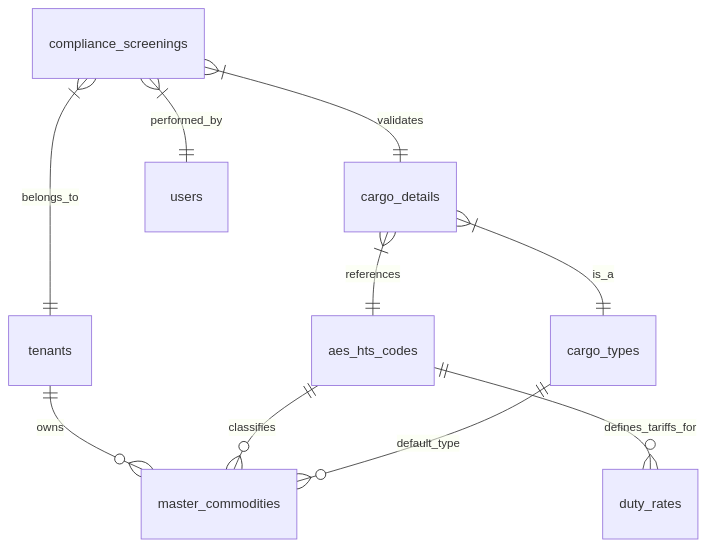
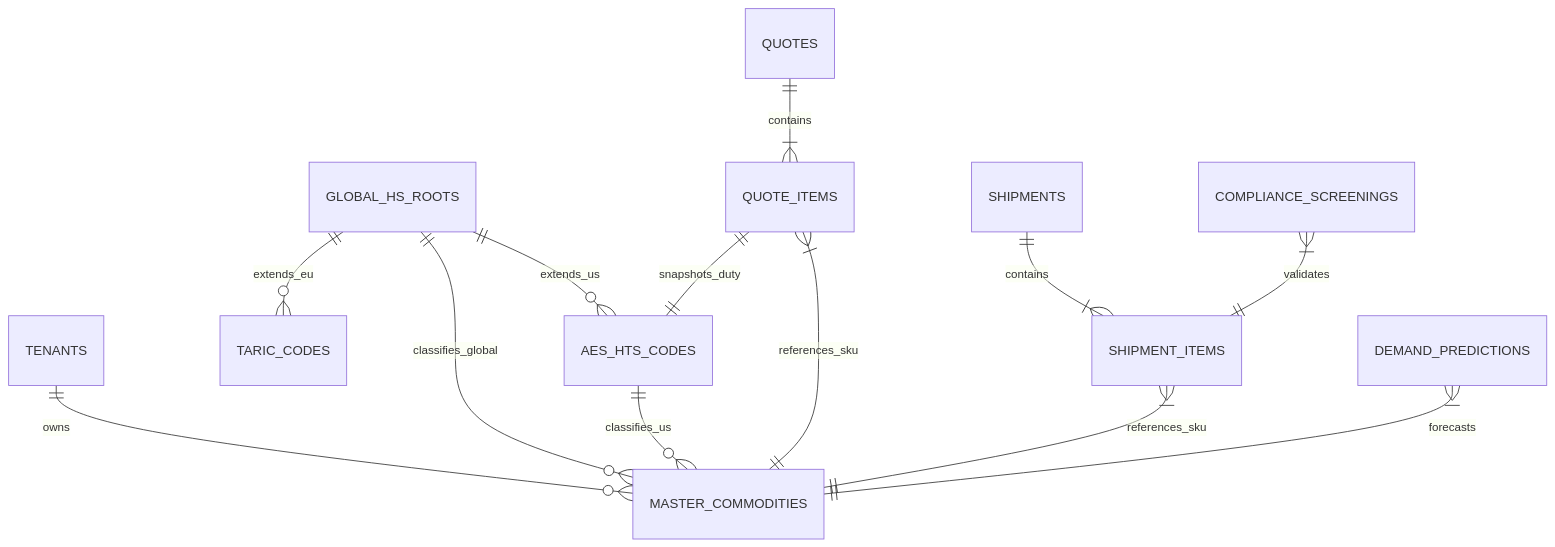
One commit to vageesha-vaishya/logic-nexus-ai changed the diagram in docs/COMMODITY_COMPETITIVE_ANALYSIS.md. Above: the diagram before and after it, drawn with Mermaid. The commit also changed other lines of this file and 222 other files, not shown here.

````diff
--- a/docs/COMMODITY_COMPETITIVE_ANALYSIS.md
+++ b/docs/COMMODITY_COMPETITIVE_ANALYSIS.md
@@ -62,14 +38,23 @@
 ```mermaid
 erDiagram
-    tenants ||--o{ master_commodities : owns
-    aes_hts_codes ||--o{ master_commodities : classifies
-    aes_hts_codes ||--o{ duty_rates : defines_tariffs_for
-    cargo_types ||--o{ master_commodities : default_type
+    %% GLOBAL STANDARDS
+    GLOBAL_HS_ROOTS ||--o{ AES_HTS_CODES : extends_us
+    GLOBAL_HS_ROOTS ||--o{ TARIC_CODES : extends_eu
     
-    cargo_details }|--|| aes_hts_codes : references
-    cargo_details }|--|| cargo_types : is_a
+    %% TENANT MASTER DATA
+    TENANTS ||--o{ MASTER_COMMODITIES : owns
+    GLOBAL_HS_ROOTS ||--o{ MASTER_COMMODITIES : classifies_global
+    AES_HTS_CODES ||--o{ MASTER_COMMODITIES : classifies_us
     
-    compliance_screenings }|--|| tenants : belongs_to
-    compliance_screenings }|--|| users : performed_by
-    compliance_screenings }|--|| cargo_details : validates
+    %% TRANSACTIONAL INTEGRITY
+    QUOTES ||--|{ QUOTE_ITEMS : contains
+    QUOTE_ITEMS }|--|| MASTER_COMMODITIES : references_sku
+    QUOTE_ITEMS ||--|| AES_HTS_CODES : snapshots_duty
+    
+    SHIPMENTS ||--|{ SHIPMENT_ITEMS : contains
+    SHIPMENT_ITEMS }|--|| MASTER_COMMODITIES : references_sku
+    
+    %% COMPLIANCE & INTELLIGENCE
+    COMPLIANCE_SCREENINGS }|--|| SHIPMENT_ITEMS : validates
+    DEMAND_PREDICTIONS }|--|| MASTER_COMMODITIES : forecasts
 ```
````
